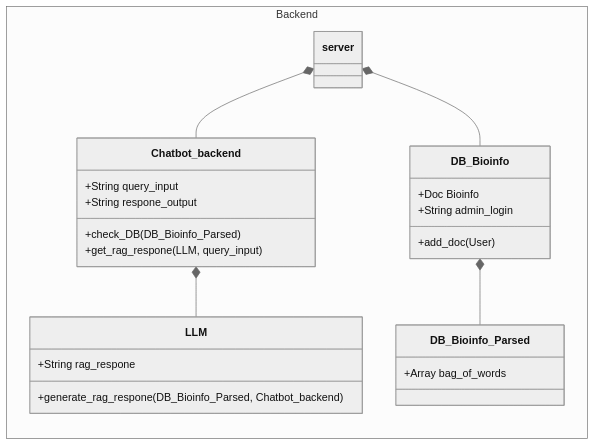
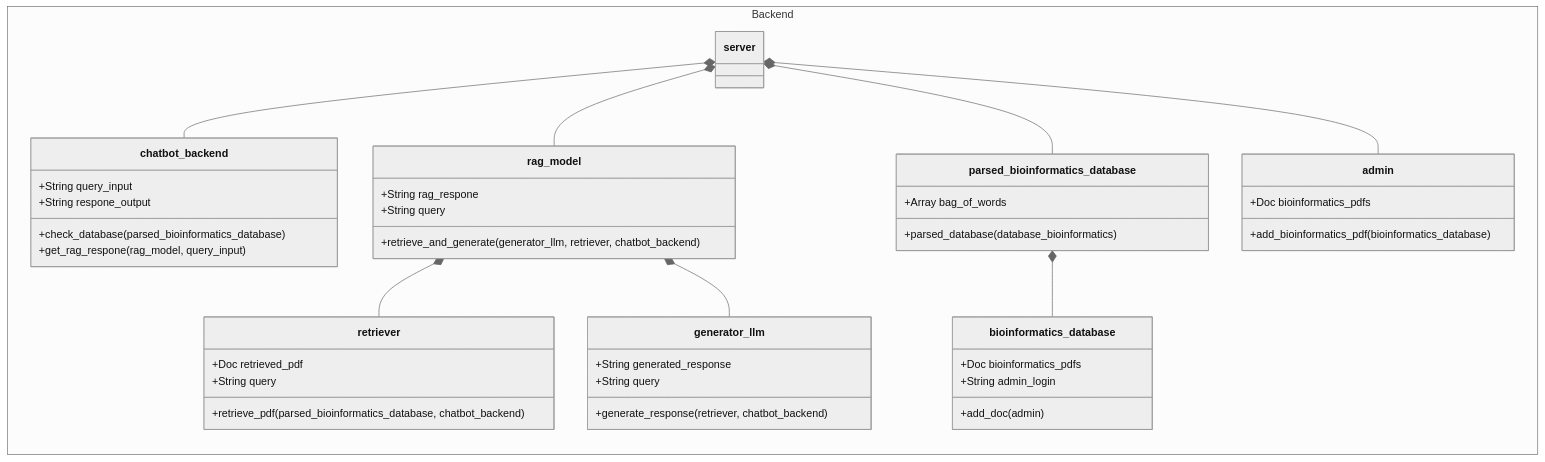
Before and after one commit to Capstone-Projects-2025-Spring/project-003-bioinformatics-chatbot: the third of 3 diagrams in documentation/docs/system-architecture/Class_Diagram.md, drawn with Mermaid (neutral theme). The commit also changed other lines of this file, not shown here.

First line of the commit message:
Update Class_Diagram.md

````diff
--- a/documentation/docs/system-architecture/Class_Diagram.md
+++ b/documentation/docs/system-architecture/Class_Diagram.md
@@ -161,35 +214,63 @@
 ```mermaid
 classDiagram
 direction BT
 	namespace Backend {
         class server {
         }
 
-        class Chatbot_backend {
+        class chatbot_backend {
 	        +String query_input
 	        +String respone_output
-	        +check_DB(DB_Bioinfo_Parsed)
-            +get_rag_respone(LLM, query_input)
+	        +check_database(parsed_bioinformatics_database)
+                +get_rag_respone(rag_model, query_input)
         }
 
-        class DB_Bioinfo{
-	        +Doc Bioinfo
+        class bioinformatics_database{
+	        +Doc bioinformatics_pdfs
 	        +String admin_login
-	        +add_doc(User)
+	        +add_doc(admin)
         }
 
-        class DB_Bioinfo_Parsed{
+        class parsed_bioinformatics_database{
             +Array bag_of_words
+            +parsed_database(database_bioinformatics)
         }
 
-        class LLM {
+        class rag_model {
 	        +String rag_respone
-	        +generate_rag_respone(DB_Bioinfo_Parsed, Chatbot_backend)
+                +String query
+	        +retrieve_and_generate(generator_llm, retriever, chatbot_backend)
+        }
+
+        class retriever {
+	        +Doc retrieved_pdf
+                +String query
+	        +retrieve_pdf(parsed_bioinformatics_database, chatbot_backend)
+        }
+
+
+        class generator_llm {
+	        +String generated_response
+		+String query
+	        +generate_response(retriever, chatbot_backend)
+        }
+
+
+        class admin {
+	        +Doc bioinformatics_pdfs
+	        +add_bioinformatics_pdf(bioinformatics_database)
         }
 
 	}
-    server *-- Chatbot_backend
-    server *-- DB_Bioinfo
-    Chatbot_backend *-- LLM
-    DB_Bioinfo *-- DB_Bioinfo_Parsed
+
+
+
+    server *-- chatbot_backend
+    server *-- parsed_bioinformatics_database
+    server *-- rag_model
+    rag_model *-- retriever
+    rag_model *-- generator_llm
+    server *-- admin
+    parsed_bioinformatics_database *-- bioinformatics_database
+    
 ```
````
